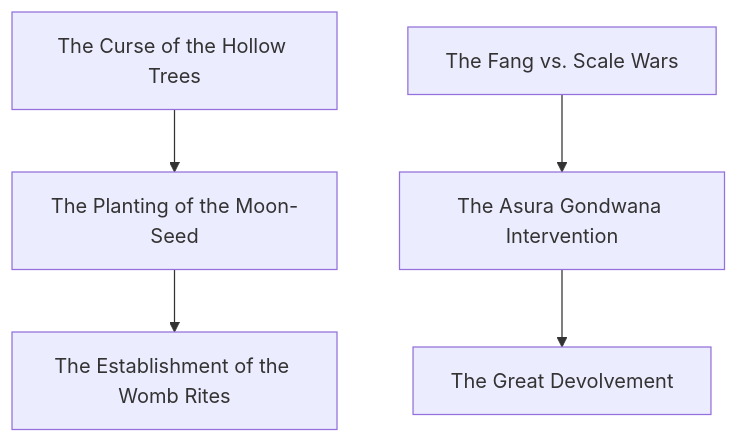
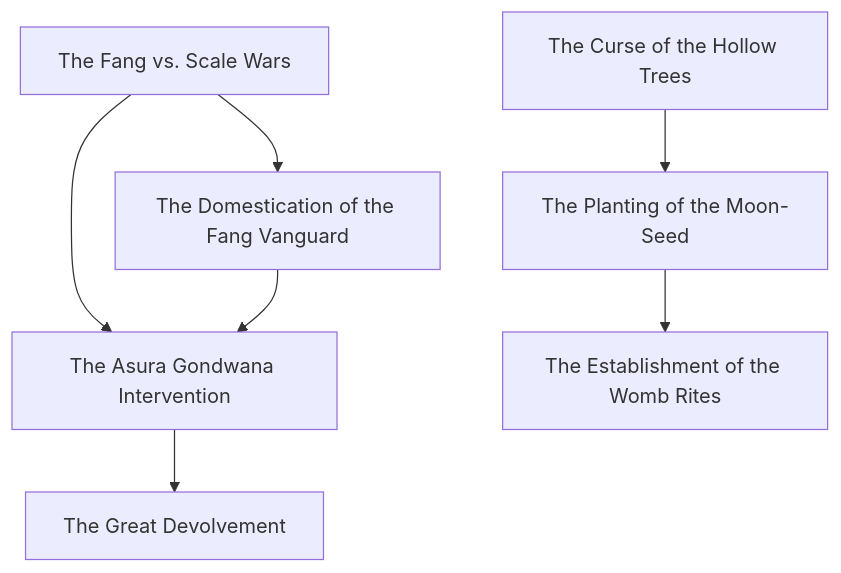
Before and after one commit to lordlebu/SouthOfTethys: the first of 6 diagrams in docs/atlas.md, drawn with Mermaid. The commit also changed other lines of this file and 24 other files, not shown here.

````diff
--- a/docs/atlas.md
+++ b/docs/atlas.md
@@ -30,13 +30,16 @@
 ```mermaid
 graph TD
     E0["The Curse of the Hollow Trees"]
     E1["The Fang vs. Scale Wars"]
-    E2["The Asura Gondwana Intervention"]
-    E3["The Great Devolvement"]
-    E4["The Planting of the Moon-Seed"]
-    E5["The Establishment of the Womb Rites"]
-    E0 --> E4
+    E2["The Domestication of the Fang Vanguard"]
+    E3["The Asura Gondwana Intervention"]
+    E4["The Great Devolvement"]
+    E5["The Planting of the Moon-Seed"]
+    E6["The Establishment of the Womb Rites"]
+    E0 --> E5
+    E1 --> E3
     E1 --> E2
     E2 --> E3
-    E4 --> E5
+    E3 --> E4
+    E5 --> E6
 ```
````
